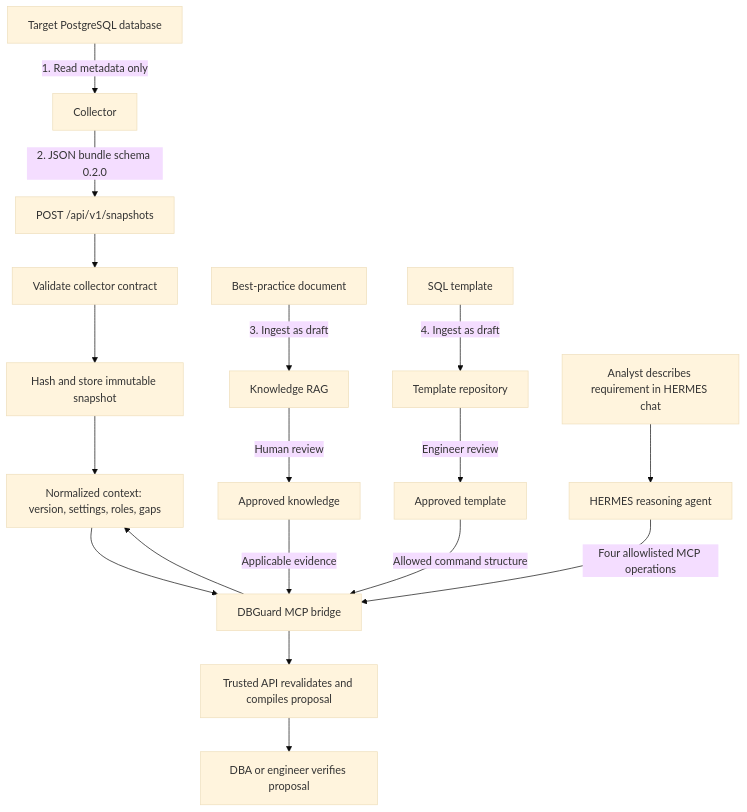
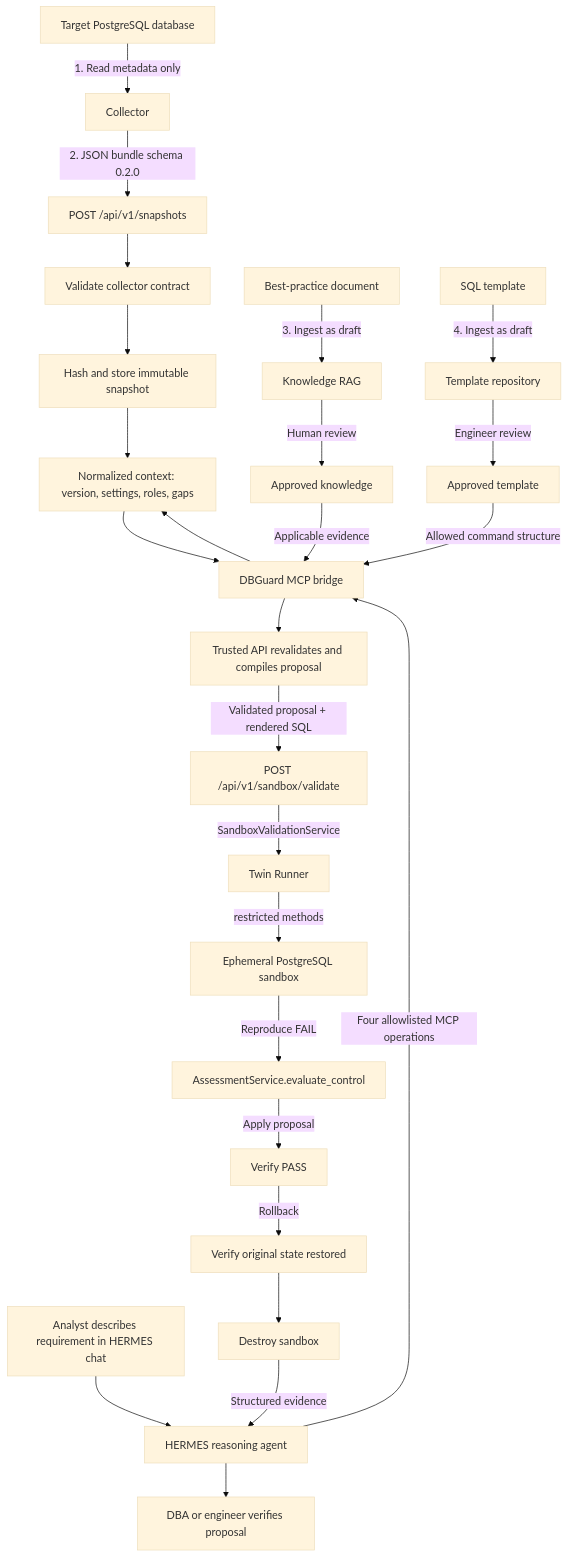
Before and after one commit to xylonc/DBGuard_AI: the first of 5 diagrams in ARCHITECTURE.md, drawn with Mermaid (base theme). The commit also changed other lines of this file and 11 other files, not shown here.

````diff
--- a/ARCHITECTURE.md
+++ b/ARCHITECTURE.md
@@ -19,23 +19,31 @@
 ```mermaid
 flowchart TD
     A[Target PostgreSQL database] -->|1. Read metadata only| B[Collector]
     B -->|2. JSON bundle schema 0.2.0| C[POST /api/v1/snapshots]
     C --> D[Validate collector contract]
     D --> E[Hash and store immutable snapshot]
     E --> F[Normalized context: version, settings, roles, gaps]
 
     G[Best-practice document] -->|3. Ingest as draft| H[Knowledge RAG]
     H -->|Human review| I[Approved knowledge]
 
     J[SQL template] -->|4. Ingest as draft| K[Template repository]
     K -->|Engineer review| L[Approved template]
 
     M[Analyst describes requirement in HERMES chat] --> N[HERMES reasoning agent]
     N -->|Four allowlisted MCP operations| O[DBGuard MCP bridge]
     O --> F
     F --> O
     I -->|Applicable evidence| O
     L -->|Allowed command structure| O
     O --> P[Trusted API revalidates and compiles proposal]
-    P --> Q[DBA or engineer verifies proposal]
+    P -->|Validated proposal + rendered SQL| Q[POST /api/v1/sandbox/validate]
+    Q -->|SandboxValidationService| R[Twin Runner]
+    R -->|restricted methods| S[Ephemeral PostgreSQL sandbox]
+    S -->|Reproduce FAIL| T[AssessmentService.evaluate_control]
+    T -->|Apply proposal| U[Verify PASS]
+    U -->|Rollback| V[Verify original state restored]
+    V --> W[Destroy sandbox]
+    W -->|Structured evidence| N
+    N --> X[DBA or engineer verifies proposal]
 ```
````
